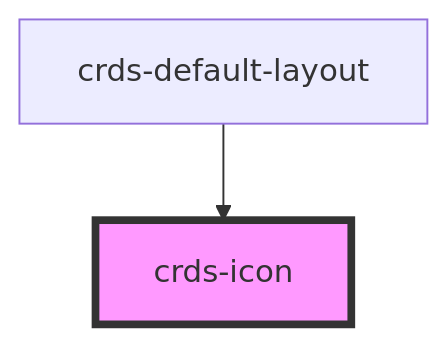
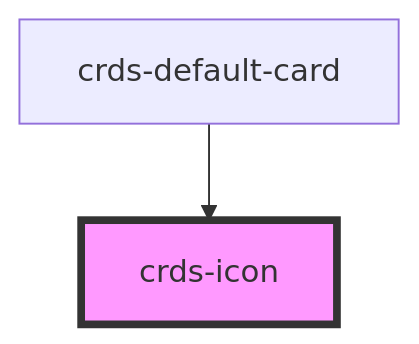
Before and after one commit to dholloran-ample/visual-regression-testing-IP: the diagram in src/components/crds-icon/readme.md, drawn with Mermaid. The commit also changed other lines of this file and 206 other files, not shown here.

````diff
--- a/src/components/crds-icon/readme.md
+++ b/src/components/crds-icon/readme.md
@@ -24,5 +24,5 @@
 ```mermaid
 graph TD;
-  crds-default-layout --> crds-icon
+  crds-default-card --> crds-icon
   style crds-icon fill:#f9f,stroke:#333,stroke-width:4px
 ```
````
